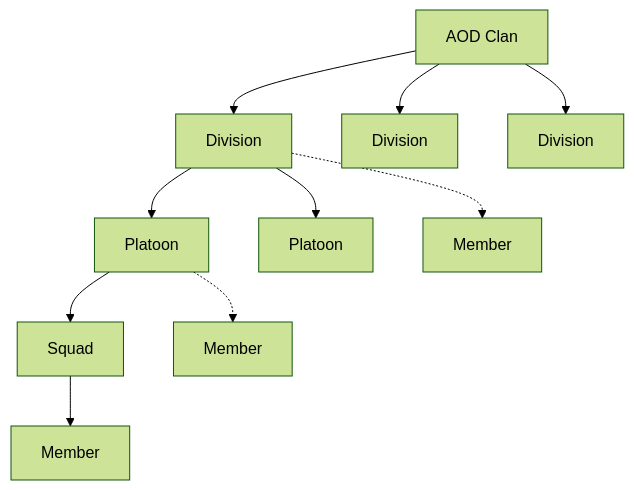
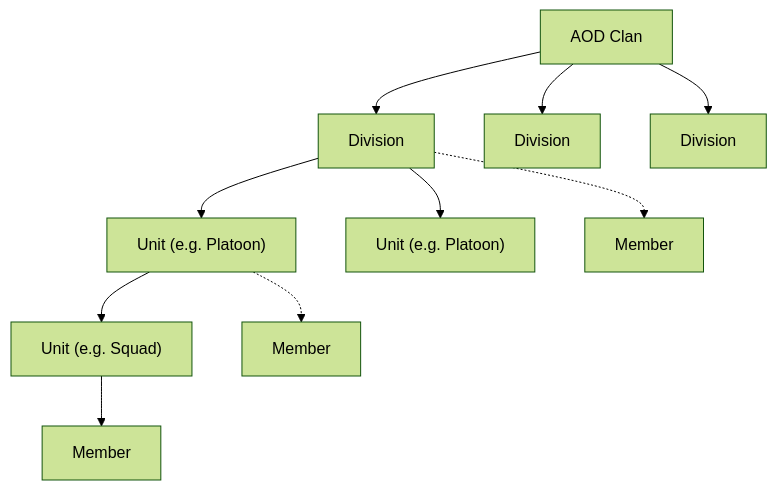
Before and after one commit to ClanAODDev/tracker_v3: the diagram in README.md, drawn with Mermaid (forest theme). The commit also changed other lines of this file, not shown here.

Commit message:
Update the README for the React frontend and units
The tech stack still listed Vue.js 3 and the diagram showed a fixed Platoon and Squad structure. It now lists React 19, Inertia 2, TypeScript, Tailwind v4 and shadcn/ui, explains that divisions choose up to four named unit levels, and adds `npm run typecheck` to the common commands.

````diff
--- a/README.md
+++ b/README.md
@@ -7,12 +7,12 @@
 ```mermaid
 graph TD
     AOD[AOD Clan] --> D1[Division]
     AOD --> D2[Division]
     AOD --> D3[Division]
-    D1 --> P1[Platoon]
-    D1 --> P2[Platoon]
-    P1 --> S1[Squad]
-    S1 --> M1[Member]
-    P1 -.-> M2[Member]
+    D1 --> U1["Unit (e.g. Platoon)"]
+    D1 --> U2["Unit (e.g. Platoon)"]
+    U1 --> U3["Unit (e.g. Squad)"]
+    U3 --> M1[Member]
+    U1 -.-> M2[Member]
     D1 -.-> M3[Member]
 ```
````
